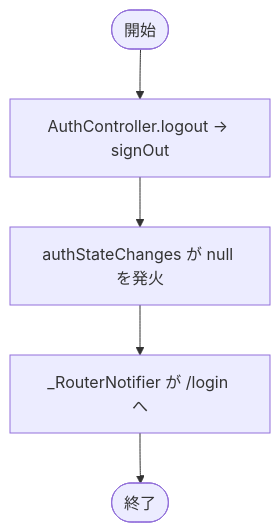
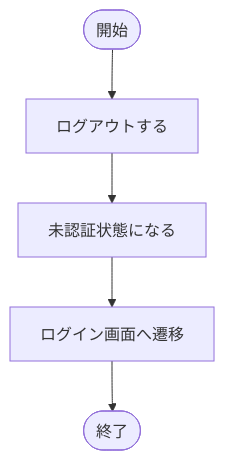
The fourth of 28 diagrams in docs/内部設計/アクティビティ図.md (ekusy/shopping-list-app-flutter), drawn with Mermaid before and after one commit. The commit also changed other lines of this file, not shown here.

First line of the commit message:
docs: アクティビティ図を処理の流れ・分岐の説明に集中させて改稿

````diff
--- a/docs/内部設計/アクティビティ図.md
+++ b/docs/内部設計/アクティビティ図.md
@@ -76,7 +76,7 @@
 ```mermaid
 flowchart TD
-    S([開始]) --> C[AuthController.logout → signOut]
-    C --> OK[authStateChanges が null を発火]
-    OK --> RT[_RouterNotifier が /login へ]
+    S([開始]) --> C[ログアウトする]
+    C --> OK[未認証状態になる]
+    OK --> RT[ログイン画面へ遷移]
     RT --> E([終了])
 ```
````
